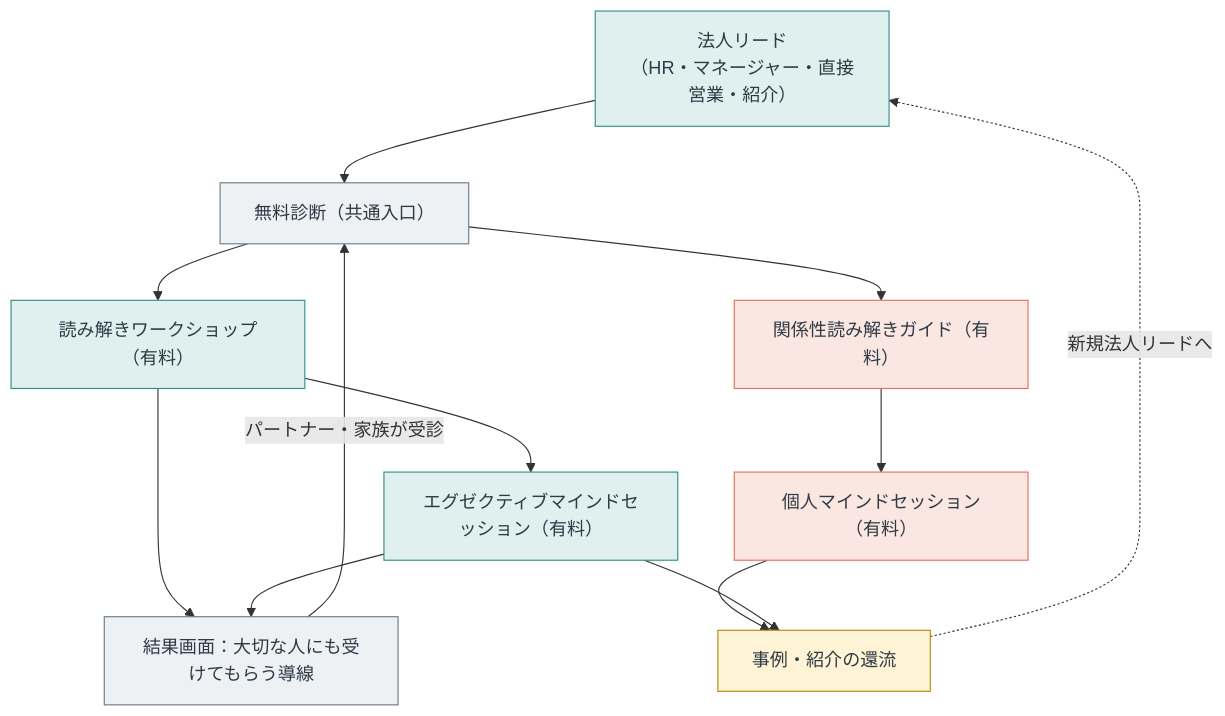
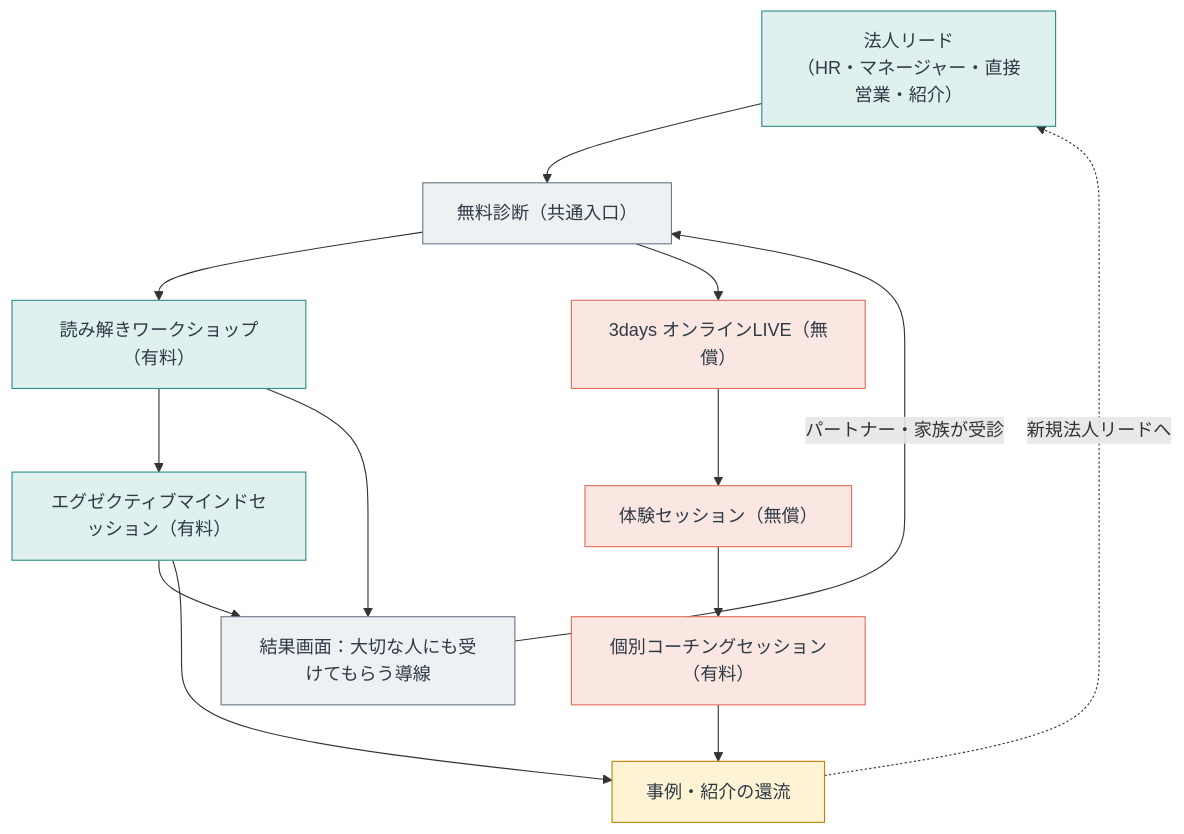
The first of 4 diagrams in ファネル図.md (yuki-b4/work-relation-quiz), drawn with Mermaid before and after one commit. The commit also changed other lines of this file and 9 other files, not shown here.

````diff
--- a/ファネル図.md
+++ b/ファネル図.md
@@ -25,32 +25,34 @@
 ```mermaid
 flowchart TD
   B2B_IN["法人リード<br/>（HR・マネージャー・直接営業・紹介）"]
   QUIZ["無料診断（共通入口）"]
   WS["読み解きワークショップ（有料）"]
   EXEC["エグゼクティブマインドセッション（有料）"]
   CTA["結果画面：大切な人にも受けてもらう導線"]
-  GUIDE["関係性読み解きガイド（有料）"]
-  SESSION["個人マインドセッション（有料）"]
+  LIVE["3days オンラインLIVE（無償）"]
+  TRIAL["体験セッション（無償）"]
+  COACH["個別コーチングセッション（有料）"]
   FLY["事例・紹介の還流"]
 
   B2B_IN --> QUIZ
   QUIZ --> WS
   WS --> EXEC
   WS --> CTA
   EXEC --> CTA
   CTA -->|"パートナー・家族が受診"| QUIZ
-  QUIZ --> GUIDE
-  GUIDE --> SESSION
-  SESSION --> FLY
+  QUIZ --> LIVE
+  LIVE --> TRIAL
+  TRIAL --> COACH
+  COACH --> FLY
   EXEC --> FLY
   FLY -.->|"新規法人リードへ"| B2B_IN
 
   classDef b2b fill:#E0F0EE,stroke:#2F8F88,color:#2E3A46;
   classDef shared fill:#EEF1F4,stroke:#6B7A87,color:#2E3A46;
   classDef b2c fill:#FBE7E1,stroke:#E2705A,color:#2E3A46;
   classDef fly fill:#FFF3D6,stroke:#B8860B,color:#2E3A46;
   class B2B_IN,WS,EXEC b2b;
   class QUIZ,CTA shared;
-  class GUIDE,SESSION b2c;
+  class LIVE,TRIAL,COACH b2c;
   class FLY fly;
 ```
````
